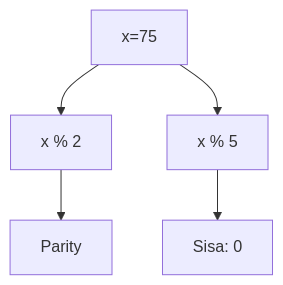
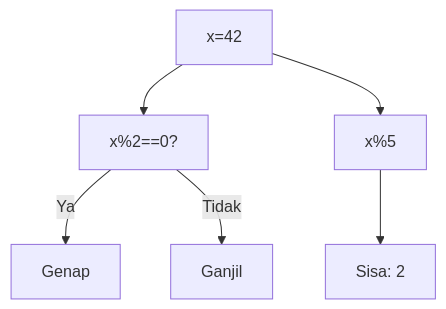
One commit to amnahwaida/OSNK_INF_PREP changed diagram 12 of 25 in part-c-pemahaman-cpp/04-fungsi/latihan/set-08.md. Above: the diagram before and after it, drawn with Mermaid. The commit also changed other lines of this file and 71 other files, not shown here.

Commit message:
Fixed Mermaid syntax lexical errors with quoted labels in 1,800 questions

````diff
--- a/part-c-pemahaman-cpp/04-fungsi/latihan/set-08.md
+++ b/part-c-pemahaman-cpp/04-fungsi/latihan/set-08.md
@@ -445,7 +360,8 @@
 ```mermaid
 graph TD
-A[x=75] --> B[x % 2]
-B --> C[Parity]
-A --> D[x % 5]
-D --> E[Sisa: 0]
+A["x=42"] --> B["x%2==0?"]
+B -- Ya --> C["Genap"]
+B -- Tidak --> D["Ganjil"]
+A --> E["x%5"]
+E --> F["Sisa: 2"]
 ```
````
